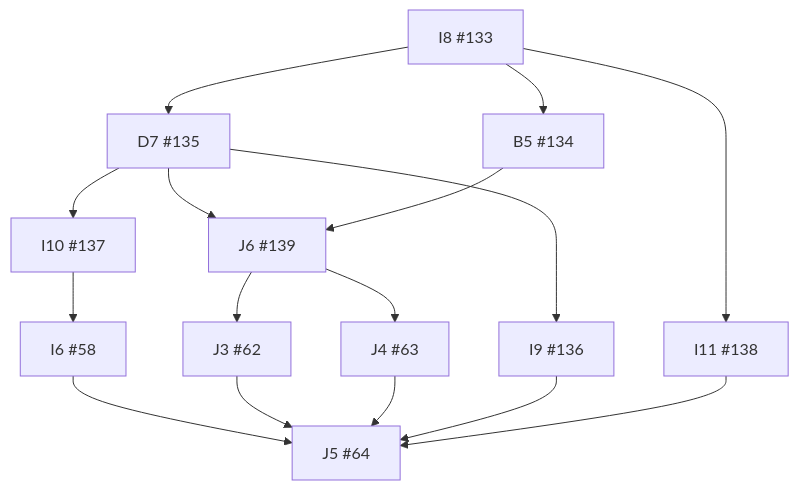
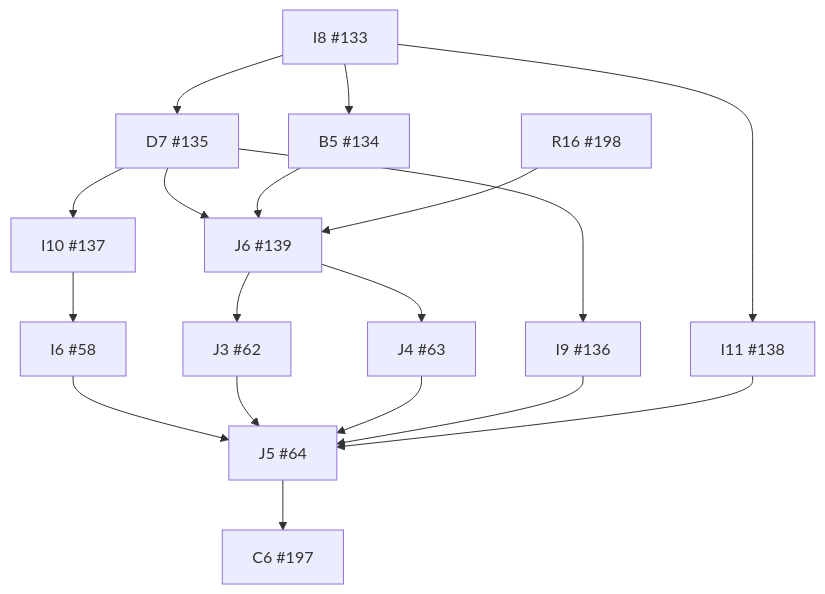
The diagram in docs/implementation/dependency-graph.md (wojtekpiskorz/kiero), drawn with Mermaid before and after one commit. The commit also changed other lines of this file and 9 other files, not shown here.

````diff
--- a/docs/implementation/dependency-graph.md
+++ b/docs/implementation/dependency-graph.md
@@ -9,29 +9,33 @@
 ```mermaid
 flowchart TD
   I6["I6 #58"]
   J3["J3 #62"]
   J4["J4 #63"]
   J5["J5 #64"]
   I8["I8 #133"]
   B5["B5 #134"]
   D7["D7 #135"]
   I9["I9 #136"]
   I10["I10 #137"]
   I11["I11 #138"]
   J6["J6 #139"]
+  C6["C6 #197"]
+  R16["R16 #198"]
   I10 --> I6
   J6 --> J3
   J6 --> J4
   I6 --> J5
   J3 --> J5
   J4 --> J5
   I9 --> J5
   I11 --> J5
   I8 --> B5
   I8 --> D7
   D7 --> I9
   D7 --> I10
   I8 --> I11
   D7 --> J6
   B5 --> J6
+  R16 --> J6
+  J5 --> C6
 ```
````
